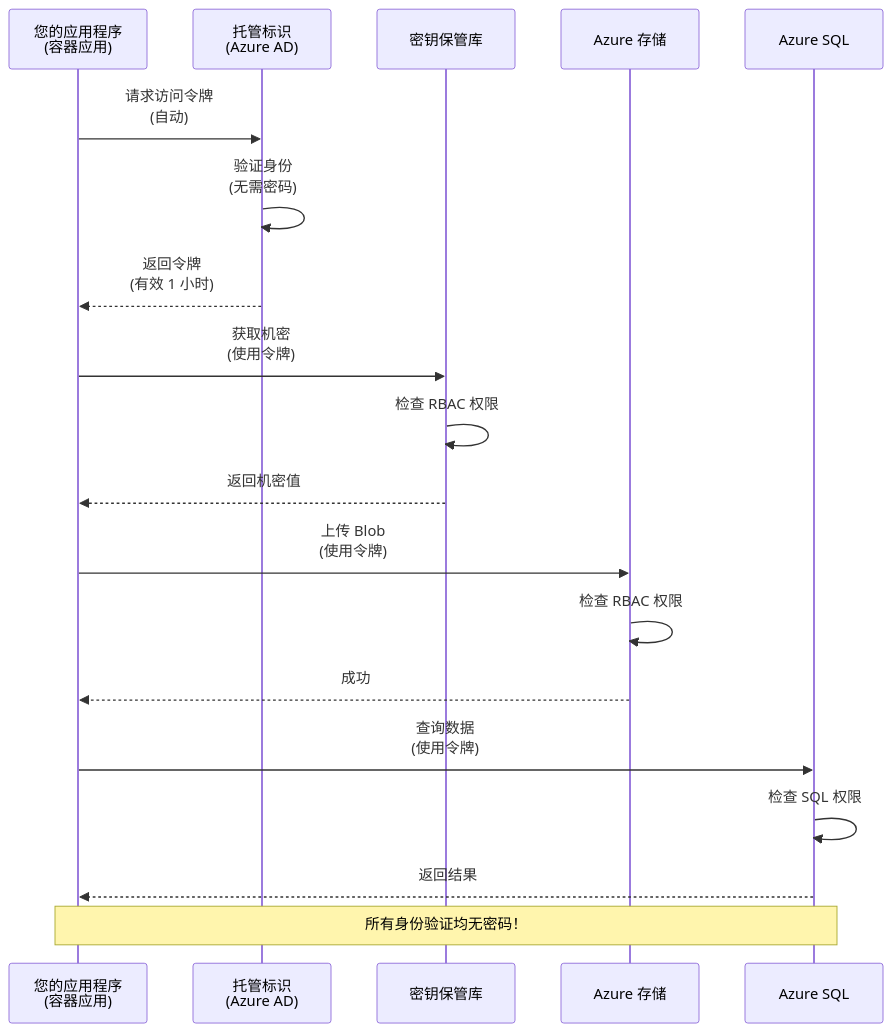
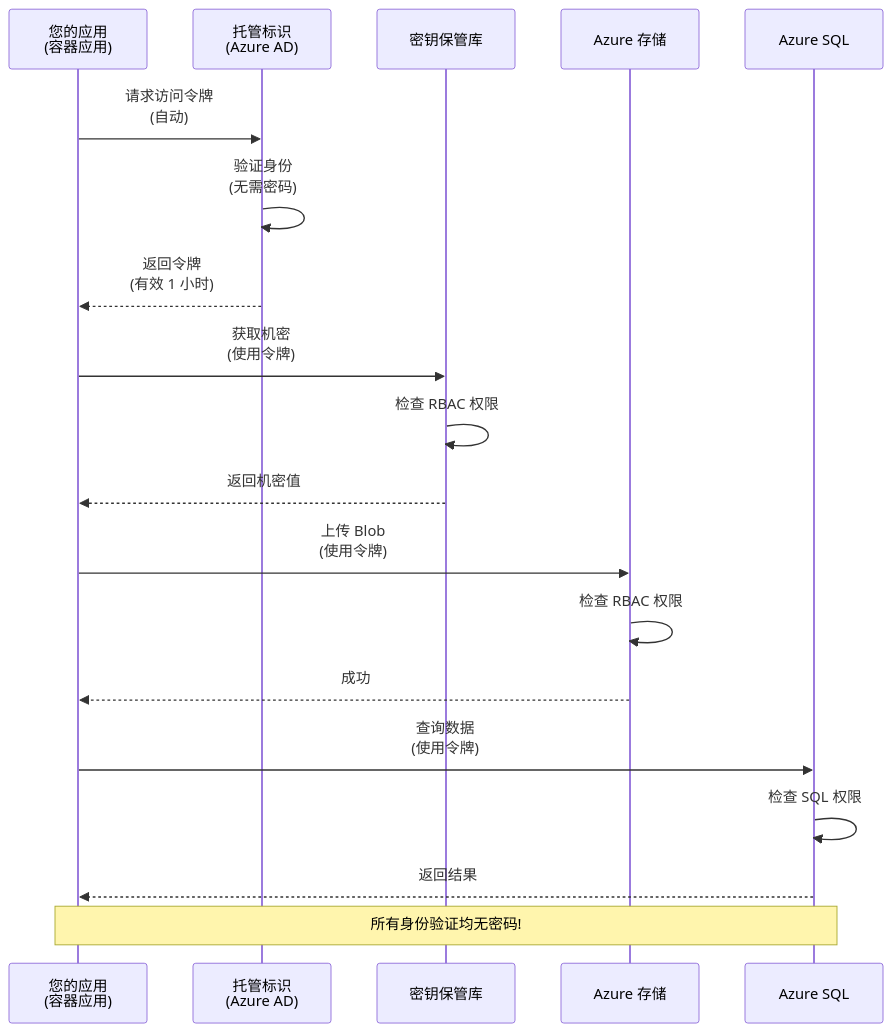
Before and after one commit to microsoft/AZD-for-beginners: the first of 2 diagrams in translations/zh-CN/docs/chapter-03-configuration/authsecurity.md, drawn with Mermaid. The commit also changed other lines of this file and 101 other files, not shown here.

````diff
--- a/translations/zh-CN/docs/chapter-03-configuration/authsecurity.md
+++ b/translations/zh-CN/docs/chapter-03-configuration/authsecurity.md
@@ -69,26 +69,26 @@
 ```mermaid
 sequenceDiagram
-    participant App as 您的应用程序<br/>(容器应用)
+    participant App as 您的应用<br/>(容器应用)
     participant MI as 托管标识<br/>(Azure AD)
     participant KV as 密钥保管库
     participant Storage as Azure 存储
     participant DB as Azure SQL
     
     App->>MI: 请求访问令牌<br/>(自动)
     MI->>MI: 验证身份<br/>(无需密码)
     MI-->>App: 返回令牌<br/>(有效 1 小时)
     
     App->>KV: 获取机密<br/>(使用令牌)
     KV->>KV: 检查 RBAC 权限
     KV-->>App: 返回机密值
     
     App->>Storage: 上传 Blob<br/>(使用令牌)
     Storage->>Storage: 检查 RBAC 权限
     Storage-->>App: 成功
     
     App->>DB: 查询数据<br/>(使用令牌)
     DB->>DB: 检查 SQL 权限
     DB-->>App: 返回结果
     
-    Note over App,DB: 所有身份验证均无密码！
+    Note over App,DB: 所有身份验证均无密码!
 ```
````
